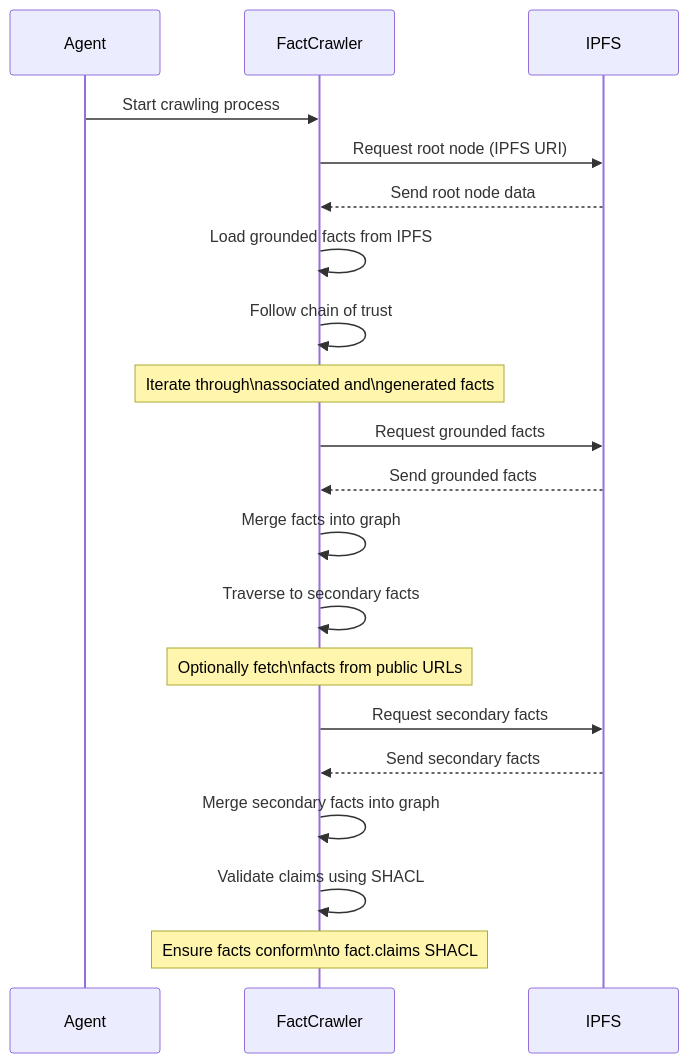
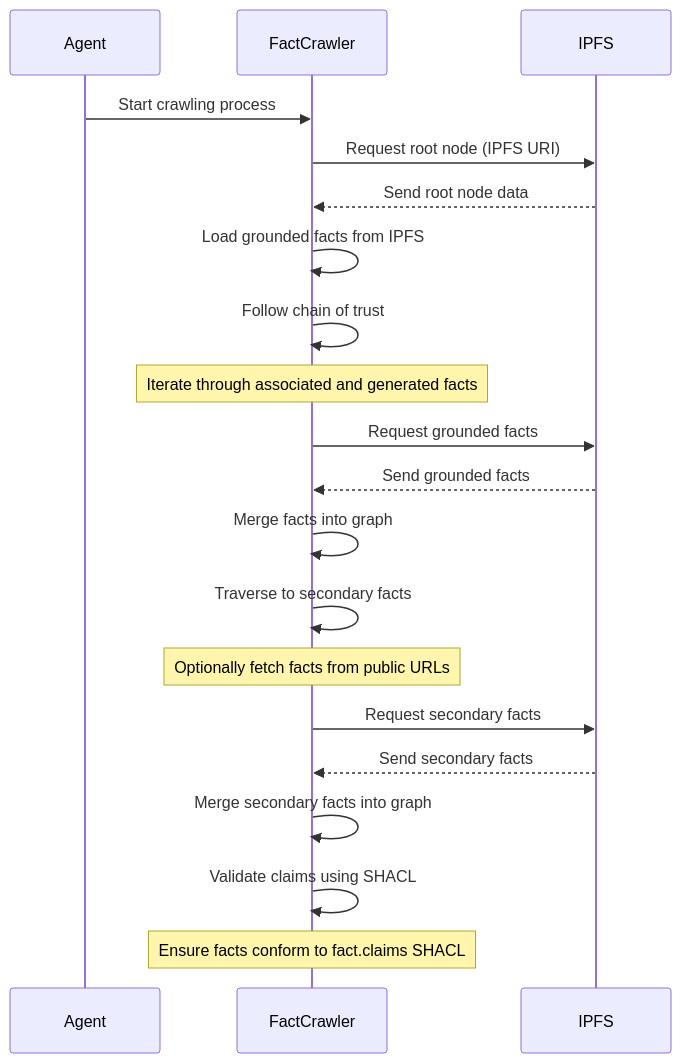
Before and after one commit to fact-claims/fact.claims: the first of 2 diagrams in www/content/howto/crawling.md, drawn with Mermaid.

````diff
--- a/www/content/howto/crawling.md
+++ b/www/content/howto/crawling.md
@@ -13,23 +13,23 @@
 ```mermaid
 sequenceDiagram
     participant Agent
     participant FactCrawler
     participant IPFS
     
     Agent ->> FactCrawler: Start crawling process
     FactCrawler ->> IPFS: Request root node (IPFS URI)
     IPFS -->> FactCrawler: Send root node data
     FactCrawler ->> FactCrawler: Load grounded facts from IPFS
     FactCrawler ->> FactCrawler: Follow chain of trust
-    Note over FactCrawler: Iterate through\nassociated and\ngenerated facts
+    Note over FactCrawler: Iterate through associated and generated facts
     FactCrawler ->> IPFS: Request grounded facts
     IPFS -->> FactCrawler: Send grounded facts
     FactCrawler ->> FactCrawler: Merge facts into graph
     FactCrawler ->> FactCrawler: Traverse to secondary facts
-    Note over FactCrawler: Optionally fetch\nfacts from public URLs
+    Note over FactCrawler: Optionally fetch facts from public URLs
     FactCrawler ->> IPFS: Request secondary facts
     IPFS -->> FactCrawler: Send secondary facts
     FactCrawler ->> FactCrawler: Merge secondary facts into graph
     FactCrawler ->> FactCrawler: Validate claims using SHACL
-    Note over FactCrawler: Ensure facts conform\nto fact.claims SHACL
+    Note over FactCrawler: Ensure facts conform to fact.claims SHACL
 ```
````
